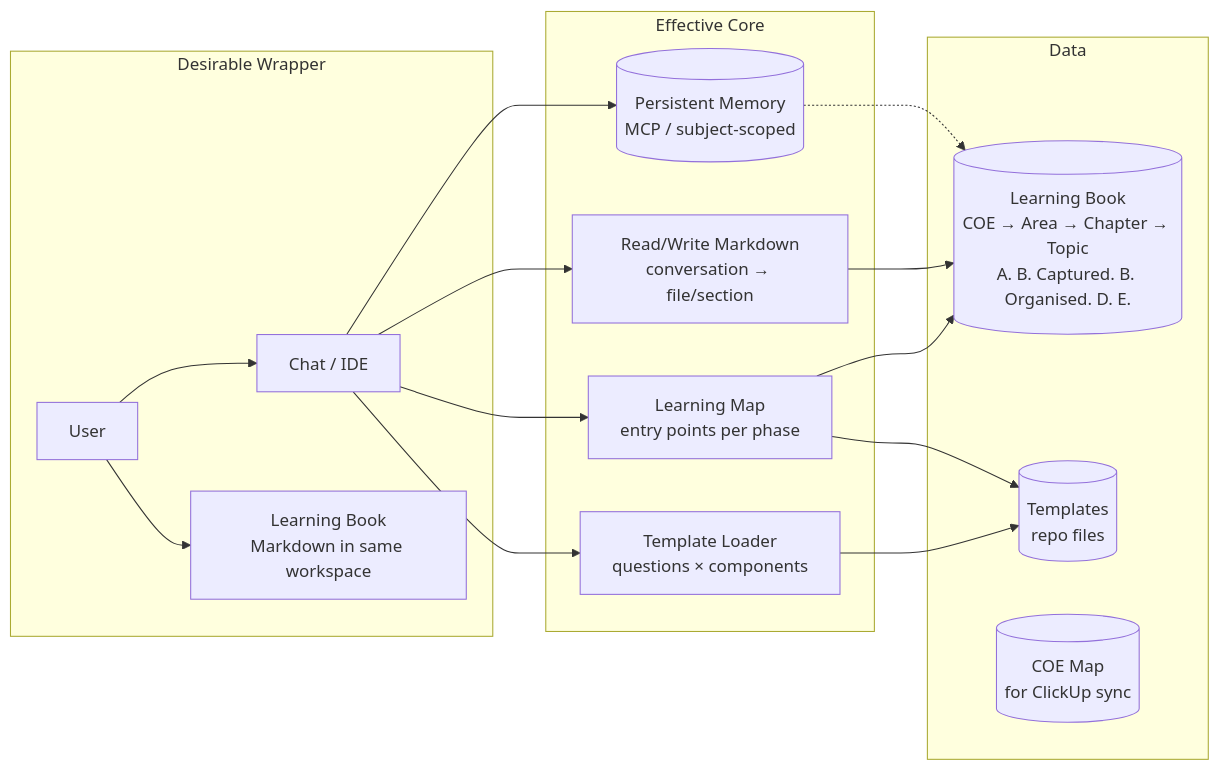
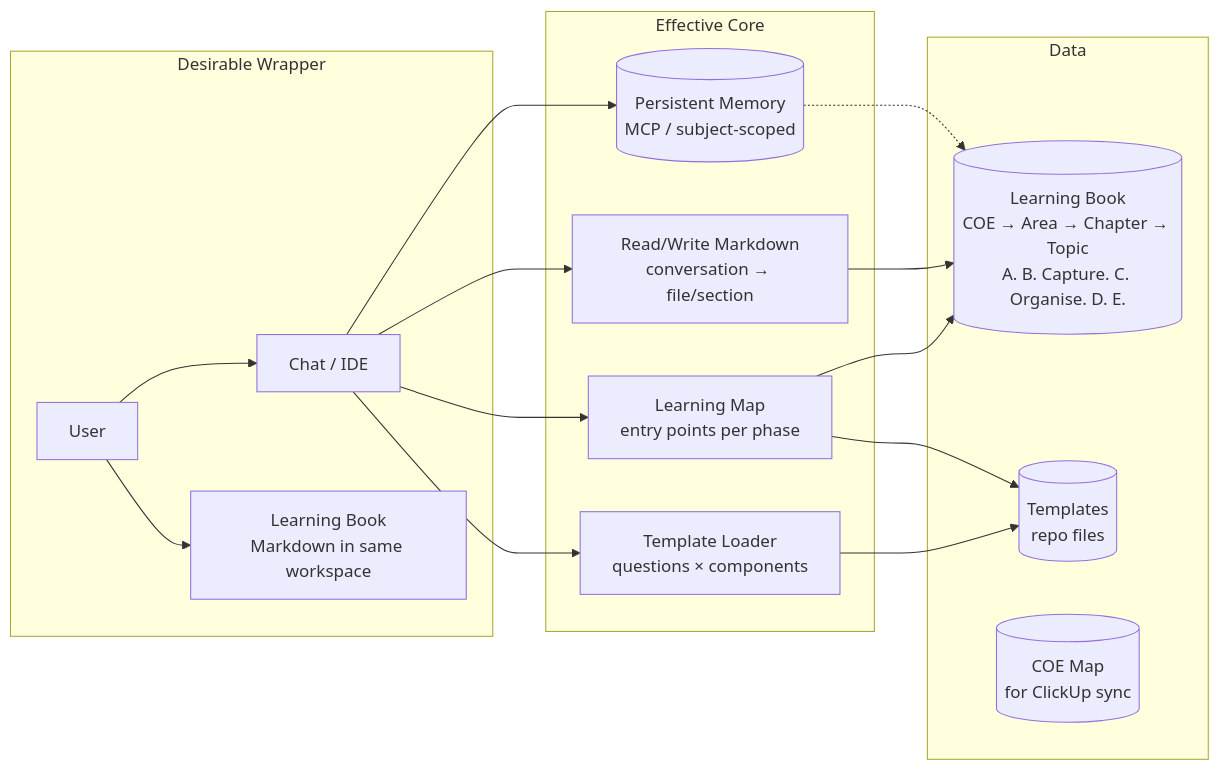
The diagram in docs/ai/design/feature-integrated-learning-environment.md (thaobichh-design/Integrated-Learning-Environment), drawn with Mermaid before and after one commit. The commit also changed other lines of this file and 13 other files, not shown here.

````diff
--- a/docs/ai/design/feature-integrated-learning-environment.md
+++ b/docs/ai/design/feature-integrated-learning-environment.md
@@ -57,30 +57,30 @@
 ```mermaid
 flowchart LR
   subgraph Wrapper["Desirable Wrapper"]
     User[User]
     Chat[Chat / IDE]
     DocView[Learning Book\nMarkdown in same workspace]
   end
   subgraph Core["Effective Core"]
     Memory[(Persistent Memory\nMCP / subject-scoped)]
     TemplateLoader[Template Loader\nquestions × components]
     LearningMap[Learning Map\nentry points per phase]
     DocWrite[Read/Write Markdown\nconversation → file/section]
   end
   subgraph Data["Data"]
-    Book[(Learning Book\nCOE → Area → Chapter → Topic\nA. B. Captured. B. Organised. D. E.)]
+    Book[(Learning Book\nCOE → Area → Chapter → Topic\nA. B. Capture. C. Organise. D. E.)]
     Templates[(Templates\nrepo files)]
     COEMap[(COE Map\nfor ClickUp sync)]
   end
   User --> Chat
   User --> DocView
   Chat --> Memory
   Chat --> TemplateLoader
   Chat --> LearningMap
   Chat --> DocWrite
   TemplateLoader --> Templates
   LearningMap --> Book
   LearningMap --> Templates
   DocWrite --> Book
   Memory -.-> Book
 ```
````
